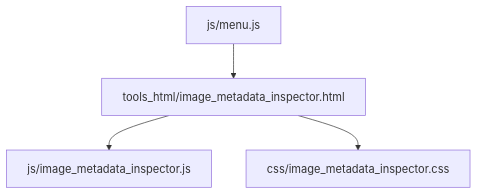
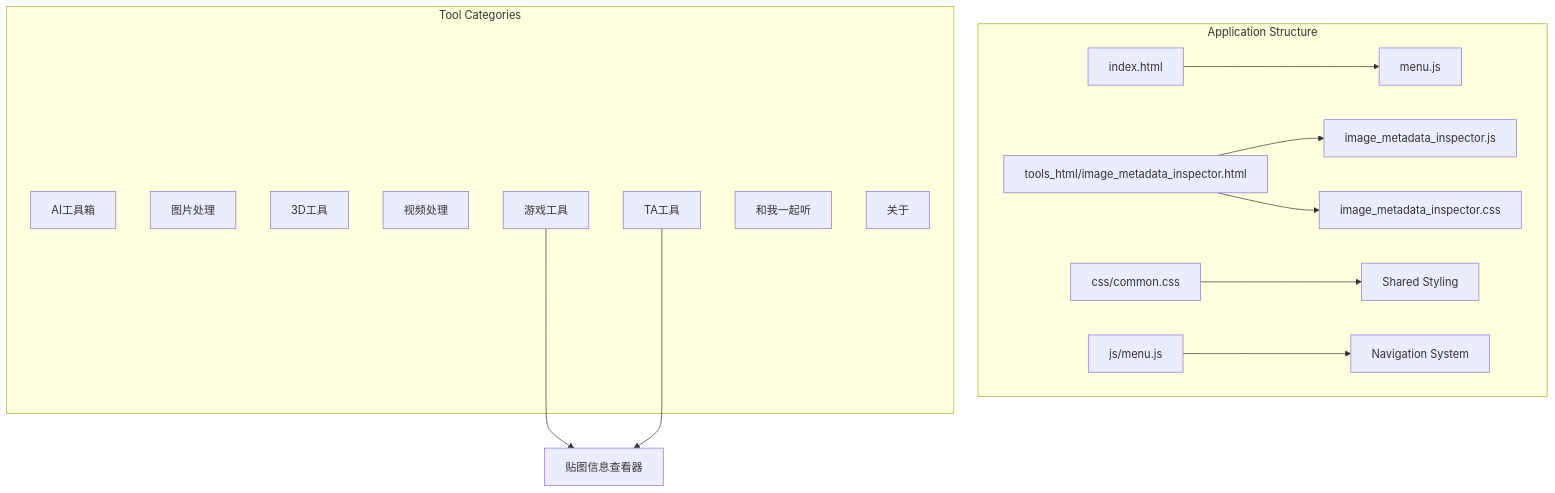
One commit to treasureGrove/TAWEBTOOL changed the first of 9 diagrams in .qoder/repowiki/en/content/Technical Artist Utilities/Image Metadata Inspector.md. Above: the diagram before and after it, drawn with Mermaid. The commit also changed other lines of this file and 30 other files, not shown here.

````diff
--- a/.qoder/repowiki/en/content/Technical Artist Utilities/Image Metadata Inspector.md
+++ b/.qoder/repowiki/en/content/Technical Artist Utilities/Image Metadata Inspector.md
@@ -36,6 +36,22 @@
 ```mermaid
 graph TB
-HTML["tools_html/image_metadata_inspector.html"] --> JS["js/image_metadata_inspector.js"]
-HTML --> CSS["css/image_metadata_inspector.css"]
-Menu["js/menu.js"] --> HTML
+subgraph "Application Structure"
+A[index.html] --> B[menu.js]
+C[tools_html/image_metadata_inspector.html] --> D[image_metadata_inspector.js]
+C --> E[image_metadata_inspector.css]
+F[css/common.css] --> G[Shared Styling]
+H[js/menu.js] --> I[Navigation System]
+end
+subgraph "Tool Categories"
+J[AI工具箱]
+K[图片处理]
+L[3D工具]
+M[视频处理]
+N[游戏工具]
+O[TA工具]
+P[和我一起听]
+Q[关于]
+end
+N --> R[贴图信息查看器]
+O --> R
 ```
````
